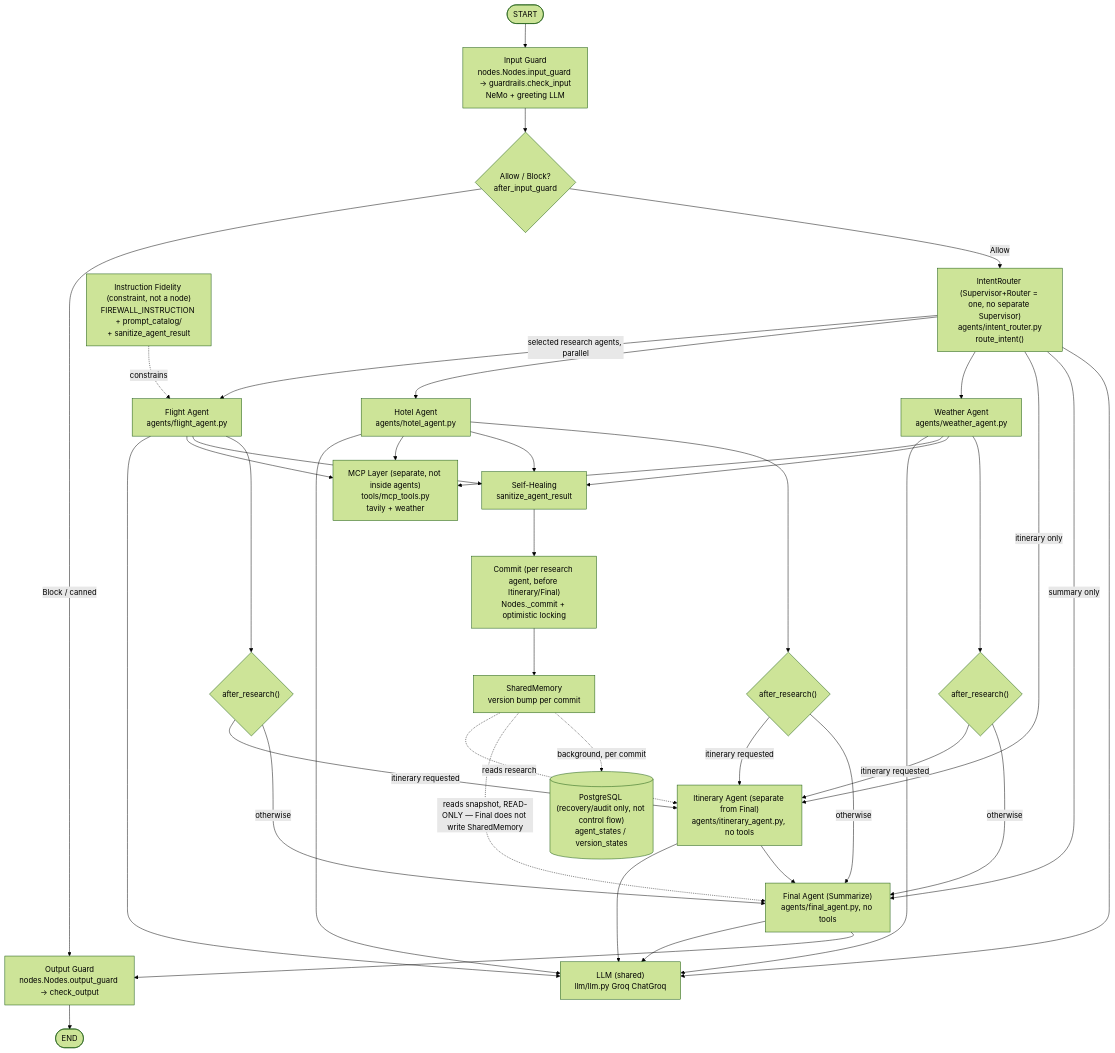
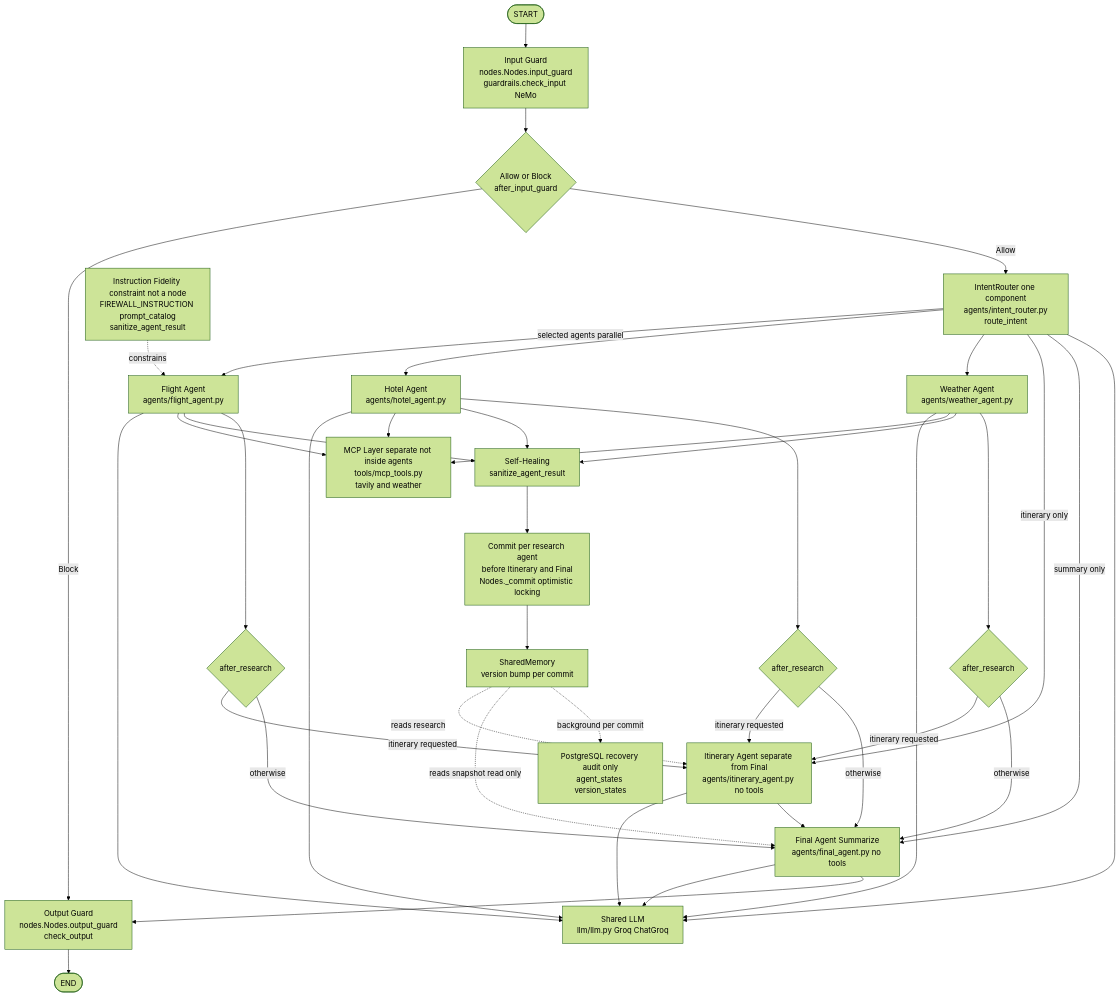
Before and after one commit to mohamed2012004/Travel-Mate-AI: the second of 2 diagrams in README.md, drawn with Mermaid (forest theme). The commit also changed other lines of this file and 2 other files, not shown here.

````diff
--- a/README.md
+++ b/README.md
@@ -92,48 +86,43 @@
 ```mermaid
 flowchart TD
-    START([START]) --> GUARD["Input Guard<br/>nodes.Nodes.input_guard → guardrails.check_input<br/>NeMo + greeting LLM"]
-    GUARD --> Decision{"Allow / Block?<br/>after_input_guard"}
-    Decision -->|Block / canned| OUTGUARD["Output Guard<br/>nodes.Nodes.output_guard → check_output"]
-    Decision -->|Allow| Router["IntentRouter (Supervisor+Router = one, no separate Supervisor)<br/>agents/intent_router.py<br/>route_intent()"]
+    START([START]) --> GUARD["Input Guard<br/>nodes.Nodes.input_guard<br/>guardrails.check_input NeMo"]
+    GUARD --> Decision{"Allow or Block<br/>after_input_guard"}
+    Decision -->|Block| OUTGUARD["Output Guard<br/>nodes.Nodes.output_guard<br/>check_output"]
+    Decision -->|Allow| Router["IntentRouter one component<br/>agents/intent_router.py<br/>route_intent"]
     OUTGUARD --> END([END])
-    Router -->|selected research agents, parallel| Flight["Flight Agent<br/>agents/flight_agent.py"]
+    Router -->|selected agents parallel| Flight["Flight Agent<br/>agents/flight_agent.py"]
     Router --> Hotel["Hotel Agent<br/>agents/hotel_agent.py"]
     Router --> Weather["Weather Agent<br/>agents/weather_agent.py"]
-    Router -->|itinerary only| Itinerary["Itinerary Agent (separate from Final)<br/>agents/itinerary_agent.py, no tools"]
-    Router -->|summary only| Final["Final Agent (Summarize)<br/>agents/final_agent.py, no tools"]
-
-    LLM["LLM (shared)<br/>llm/llm.py Groq ChatGroq"]
+    Router -->|itinerary only| Itinerary["Itinerary Agent separate from Final<br/>agents/itinerary_agent.py no tools"]
+    Router -->|summary only| Final["Final Agent Summarize<br/>agents/final_agent.py no tools"]
+    LLM["Shared LLM<br/>llm/llm.py Groq ChatGroq"]
     Router --> LLM
     Flight --> LLM
     Hotel --> LLM
     Weather --> LLM
     Itinerary --> LLM
     Final --> LLM
-    Flight --> MCP["MCP Layer (separate, not inside agents)<br/>tools/mcp_tools.py<br/>tavily + weather"]
+    Flight --> MCP["MCP Layer separate not inside agents<br/>tools/mcp_tools.py<br/>tavily and weather"]
     Hotel --> MCP
     Weather --> MCP
-
     Flight --> SH["Self-Healing<br/>sanitize_agent_result"]
     Hotel --> SH
     Weather --> SH
-    SH --> Commit["Commit (per research agent, before Itinerary/Final)<br/>Nodes._commit + optimistic locking"]
+    SH --> Commit["Commit per research agent<br/>before Itinerary and Final<br/>Nodes._commit optimistic locking"]
     Commit --> SM["SharedMemory<br/>version bump per commit"]
-
-    Flight --> After1{"after_research()"}
-    Hotel --> After2{"after_research()"}
-    Weather --> After3{"after_research()"}
+    Flight --> After1{"after_research"}
+    Hotel --> After2{"after_research"}
+    Weather --> After3{"after_research"}
     After1 -->|itinerary requested| Itinerary
     After2 -->|itinerary requested| Itinerary
     After3 -->|itinerary requested| Itinerary
     After1 -->|otherwise| Final
     After2 -->|otherwise| Final
     After3 -->|otherwise| Final
-
     Itinerary --> Final
     Final --> OUTGUARD
-
     SM -.->|reads research| Itinerary
-    SM -.->|reads snapshot, READ-ONLY — Final does not write SharedMemory| Final
-    SM -.->|background, per commit| PG[("PostgreSQL (recovery/audit only, not control flow)<br/>agent_states / version_states")]
-    Fidelity2["Instruction Fidelity (constraint, not a node)<br/>FIREWALL_INSTRUCTION + prompt_catalog/<br/>+ sanitize_agent_result"] -.->|constrains| Flight
+    SM -.->|reads snapshot read only| Final
+    SM -.->|background per commit| PG["PostgreSQL recovery audit only<br/>agent_states version_states"]
+    Fidelity2["Instruction Fidelity constraint not a node<br/>FIREWALL_INSTRUCTION prompt_catalog<br/>sanitize_agent_result"] -.->|constrains| Flight
 ```
````
